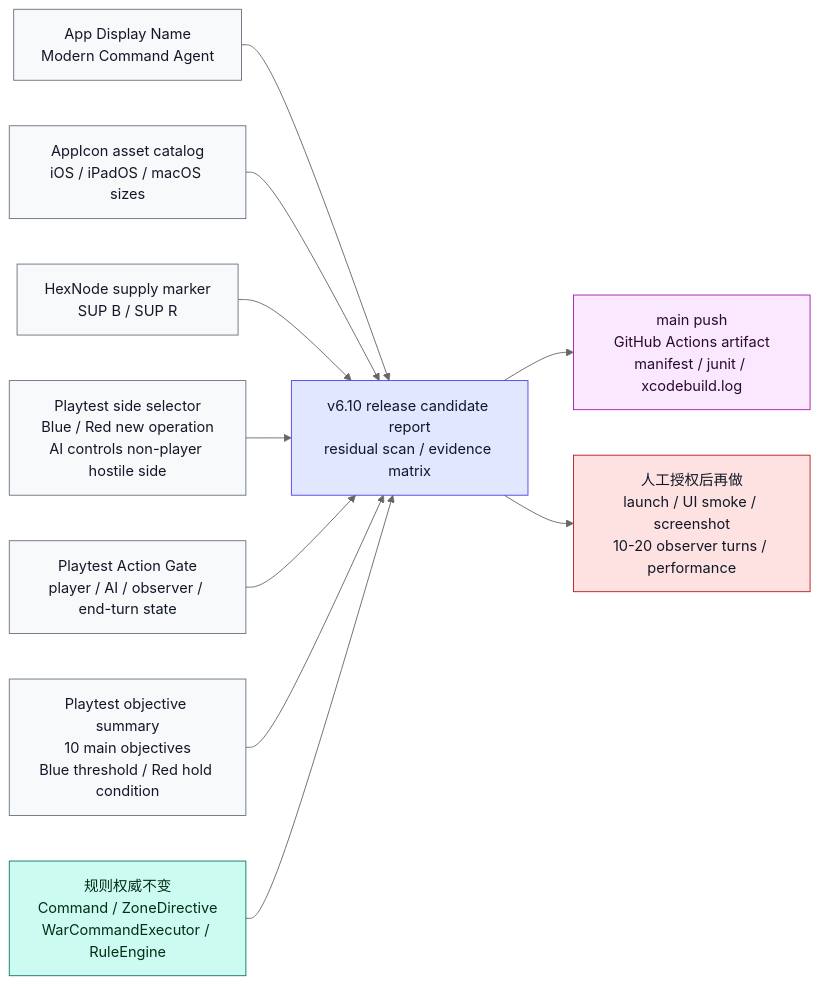
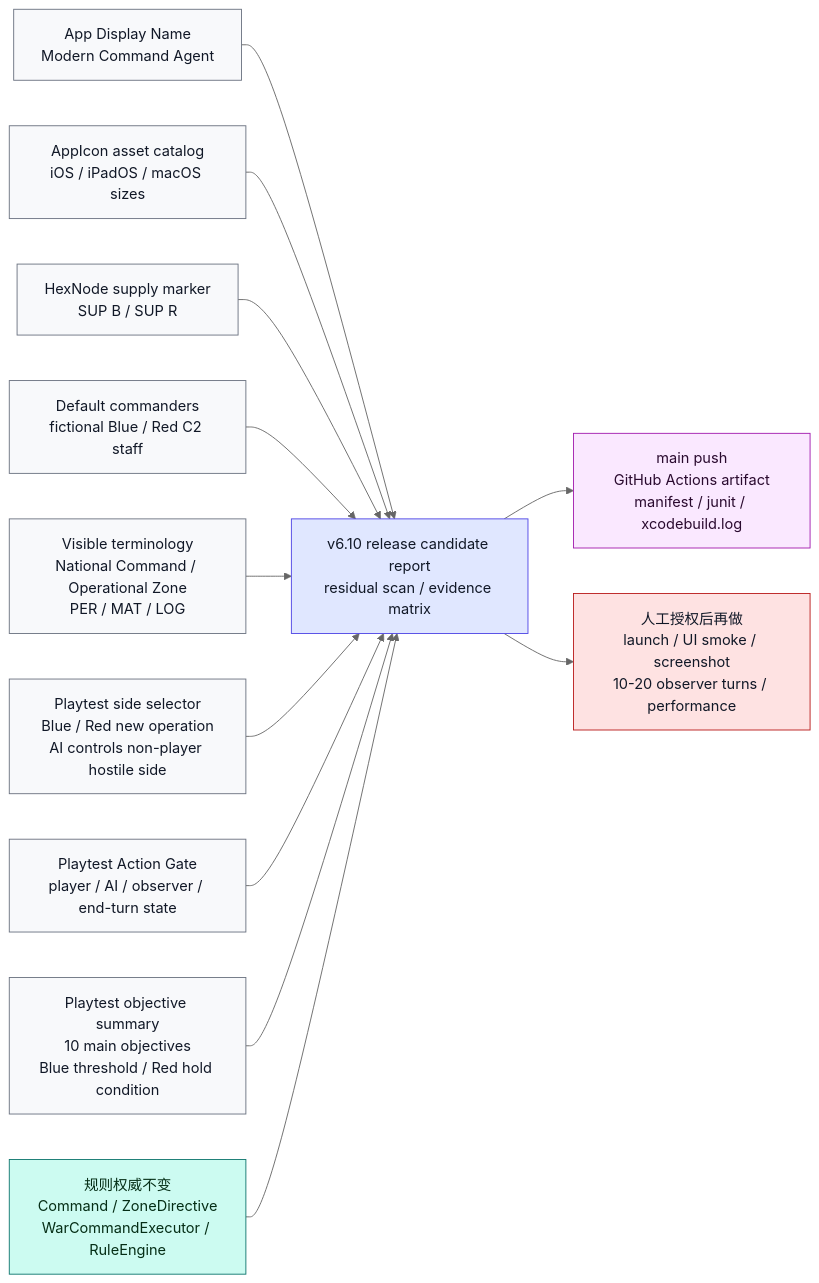
Diagram 12 of 20 in md/flow/flowchart.md (Altman-sam114/127), drawn with Mermaid (neutral theme) before and after one commit. The commit also changed other lines of this file and 43 other files, not shown here.

````diff
--- a/md/flow/flowchart.md
+++ b/md/flow/flowchart.md
@@ -360,29 +360,33 @@
 ```mermaid
 flowchart LR
     DISPLAY["App Display Name<br/>Modern Command Agent"]:::display
     ICON["AppIcon asset catalog<br/>iOS / iPadOS / macOS sizes"]:::display
     MAP["HexNode supply marker<br/>SUP B / SUP R"]:::display
+    COMMANDERS["Default commanders<br/>fictional Blue / Red C2 staff"]:::display
+    TERMS["Visible terminology<br/>National Command / Operational Zone<br/>PER / MAT / LOG"]:::display
     REPORT["v6.10 release candidate report<br/>residual scan / evidence matrix"]:::doc
     RULES["规则权威不变<br/>Command / ZoneDirective<br/>WarCommandExecutor / RuleEngine"]:::rules
     CLOUD["main push<br/>GitHub Actions artifact<br/>manifest / junit / xcodebuild.log"]:::cloud
     SIDE["Playtest side selector<br/>Blue / Red new operation<br/>AI controls non-player hostile side"]:::display
     GATE["Playtest Action Gate<br/>player / AI / observer / end-turn state"]:::display
     OBJ["Playtest objective summary<br/>10 main objectives<br/>Blue threshold / Red hold condition"]:::display
     RUNTIME["人工授权后再做<br/>launch / UI smoke / screenshot<br/>10-20 observer turns / performance"]:::risk
 
     DISPLAY --> REPORT
     ICON --> REPORT
     MAP --> REPORT
+    COMMANDERS --> REPORT
+    TERMS --> REPORT
     SIDE --> REPORT
     GATE --> REPORT
     OBJ --> REPORT
     RULES --> REPORT
     REPORT --> CLOUD
     REPORT --> RUNTIME
 
     classDef display fill:#f8f9fb,stroke:#6b7280,color:#111827
     classDef doc fill:#e0e7ff,stroke:#4f46e5,color:#111827
     classDef rules fill:#ccfbf1,stroke:#0f766e,color:#052e16
     classDef cloud fill:#fae8ff,stroke:#a21caf,color:#2a0a2f
     classDef risk fill:#fee2e2,stroke:#b91c1c,color:#111827
 ```
````
